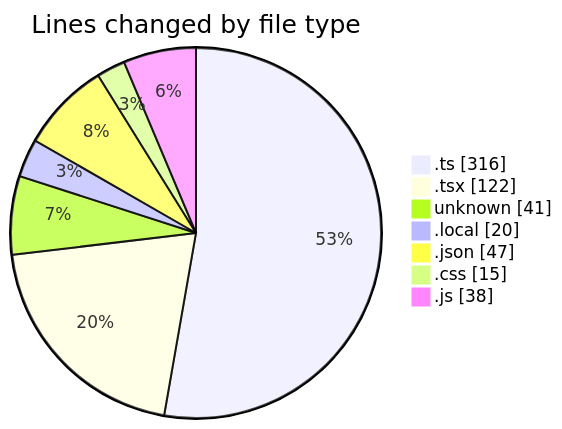
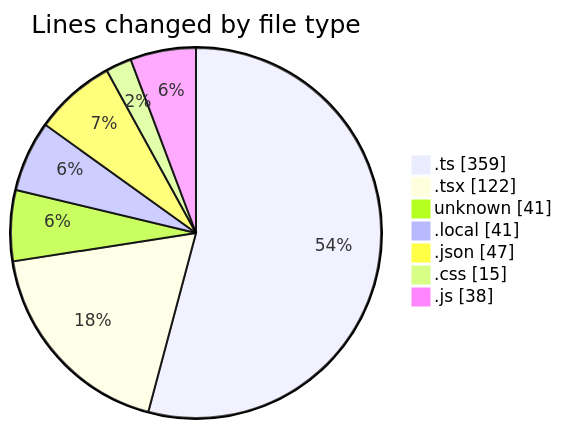
The first of 2 diagrams in 2026-02-26/car_database/README.md (momahboobian/code-tracking), drawn with Mermaid before and after one commit. The commit also changed other lines of this file and 1 other file, not shown here.

````diff
--- a/2026-02-26/car_database/README.md
+++ b/2026-02-26/car_database/README.md
@@ -34,11 +36,11 @@
 ```mermaid
 pie showData
 title Lines changed by file type
-".ts" : 316
+".ts" : 359
 ".tsx" : 122
 "unknown" : 41
-".local" : 20
+".local" : 41
 ".json" : 47
 ".css" : 15
 ".js" : 38
 ```
````
